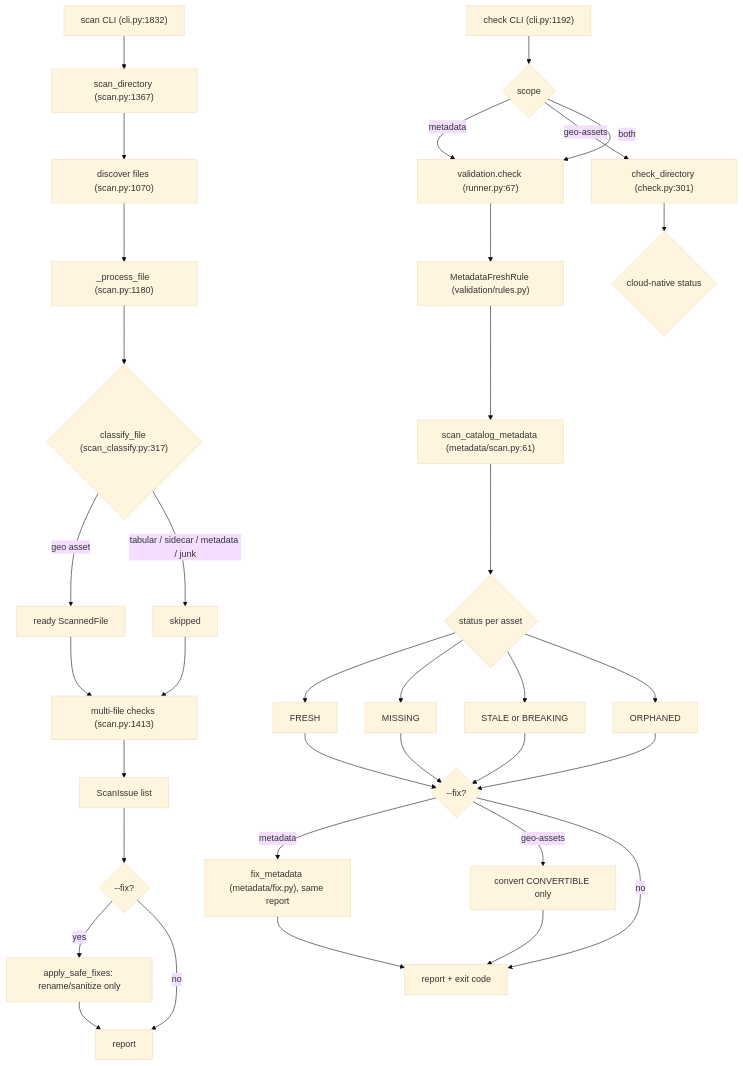
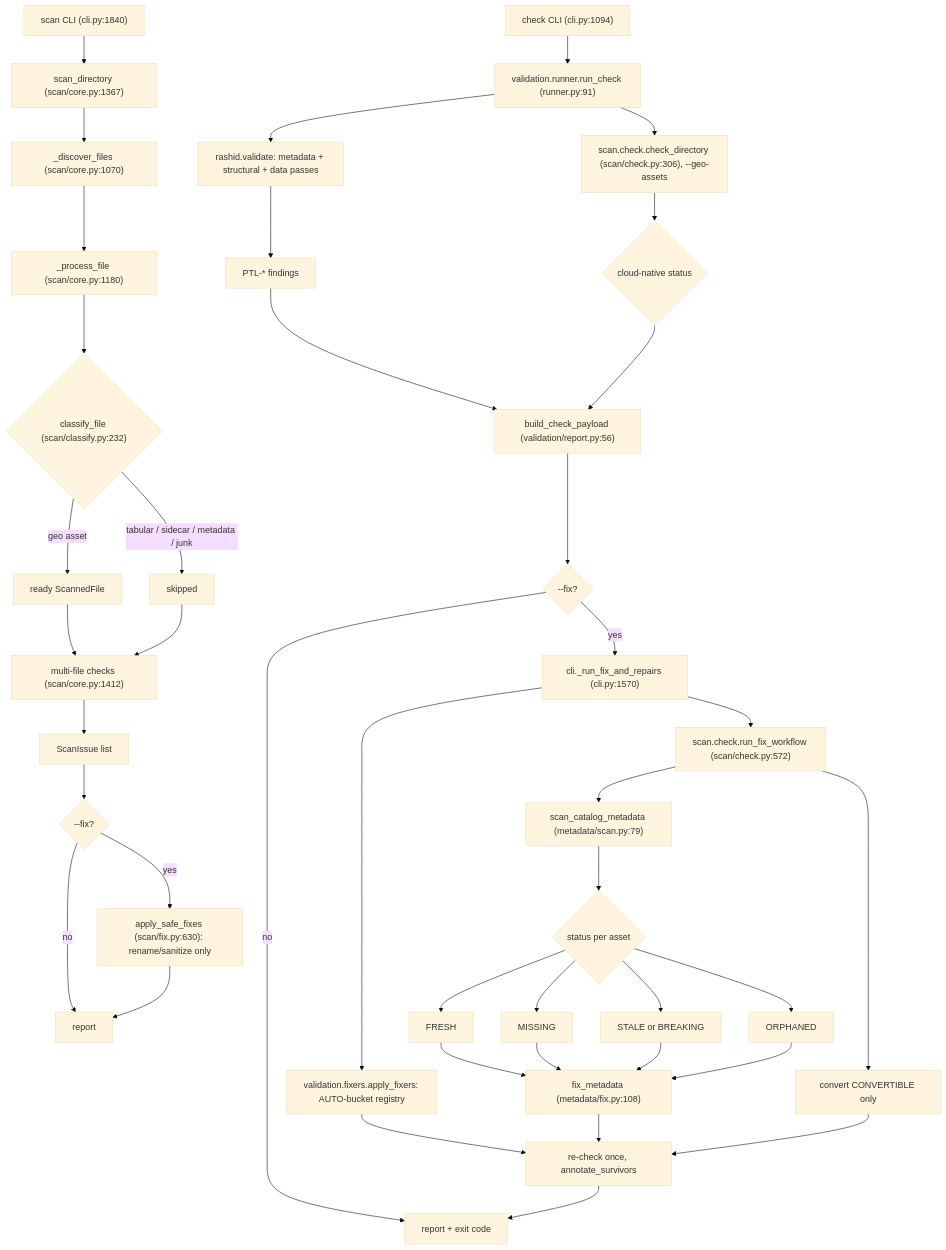
The diagram in .claude/rules/scan-check.md (portolan-sdi/portolan-cli), drawn with Mermaid (base theme) before and after one commit. The commit also changed other lines of this file and 42 other files, not shown here.

````diff
--- a/.claude/rules/scan-check.md
+++ b/.claude/rules/scan-check.md
@@ -25,38 +20,44 @@
 ```mermaid
 flowchart TD
-    SCLI["scan CLI (cli.py:1832)"] --> SDIR["scan_directory (scan.py:1367)"]
-    SDIR --> DISC["discover files (scan.py:1070)"]
-    DISC --> PROC["_process_file (scan.py:1180)"]
-    PROC --> CLS{"classify_file (scan_classify.py:317)"}
+    SCLI["scan CLI (cli.py:1840)"] --> SDIR["scan_directory (scan/core.py:1367)"]
+    SDIR --> DISC["_discover_files (scan/core.py:1070)"]
+    DISC --> PROC["_process_file (scan/core.py:1180)"]
+    PROC --> CLS{"classify_file (scan/classify.py:232)"}
     CLS -->|geo asset| READY[ready ScannedFile]
     CLS -->|tabular / sidecar / metadata / junk| SKIP[skipped]
-    READY --> MULTI["multi-file checks (scan.py:1413)"]
+    READY --> MULTI["multi-file checks (scan/core.py:1412)"]
     SKIP --> MULTI
     MULTI --> ISSUES[ScanIssue list]
     ISSUES --> SFIX{--fix?}
-    SFIX -->|yes| SAFE["apply_safe_fixes: rename/sanitize only"]
+    SFIX -->|yes| SAFE["apply_safe_fixes (scan/fix.py:630): rename/sanitize only"]
     SFIX -->|no| SOUT[report]
     SAFE --> SOUT
 
-    CCLI["check CLI (cli.py:1192)"] --> MODE{scope}
-    MODE -->|metadata| RUN["validation.check (runner.py:67)"]
-    MODE -->|geo-assets| GEO["check_directory (check.py:301)"]
-    MODE -->|both| RUN
-    RUN --> MFR["MetadataFreshRule (validation/rules.py)"]
-    MFR --> MSCAN["scan_catalog_metadata (metadata/scan.py:61)"]
+    CCLI["check CLI (cli.py:1094)"] --> RUN["validation.runner.run_check (runner.py:91)"]
+    RUN --> RASHID["rashid.validate: metadata + structural + data passes"]
+    RUN --> GEO["scan.check.check_directory (scan/check.py:306), --geo-assets"]
+    RASHID --> FIND["PTL-* findings"]
     GEO --> GSTAT{cloud-native status}
+    FIND --> PAY["build_check_payload (validation/report.py:56)"]
+    GSTAT --> PAY
+    PAY --> CFIX{--fix?}
+    CFIX -->|no| CREPORT[report + exit code]
+    CFIX -->|yes| FIXR["cli._run_fix_and_repairs (cli.py:1570)"]
+    FIXR --> AUTO["validation.fixers.apply_fixers: AUTO-bucket registry"]
+    FIXR --> LEG["scan.check.run_fix_workflow (scan/check.py:572)"]
+    LEG --> MSCAN["scan_catalog_metadata (metadata/scan.py:79)"]
+    LEG --> FIXG[convert CONVERTIBLE only]
     MSCAN --> STAT{status per asset}
     STAT --> FRESH
     STAT --> MISSING
     STAT --> STALE[STALE or BREAKING]
     STAT --> ORPHANED
-    FRESH --> CFIX{--fix?}
-    MISSING --> CFIX
-    STALE --> CFIX
-    ORPHANED --> CFIX
-    CFIX -->|metadata| FIXM["fix_metadata (metadata/fix.py), same report"]
-    CFIX -->|geo-assets| FIXG[convert CONVERTIBLE only]
-    CFIX -->|no| CREPORT[report + exit code]
-    FIXM --> CREPORT
-    FIXG --> CREPORT
+    FRESH --> FIXM["fix_metadata (metadata/fix.py:108)"]
+    MISSING --> FIXM
+    STALE --> FIXM
+    ORPHANED --> FIXM
+    AUTO --> RECHK["re-check once, annotate_survivors"]
+    FIXM --> RECHK
+    FIXG --> RECHK
+    RECHK --> CREPORT
 ```
````
